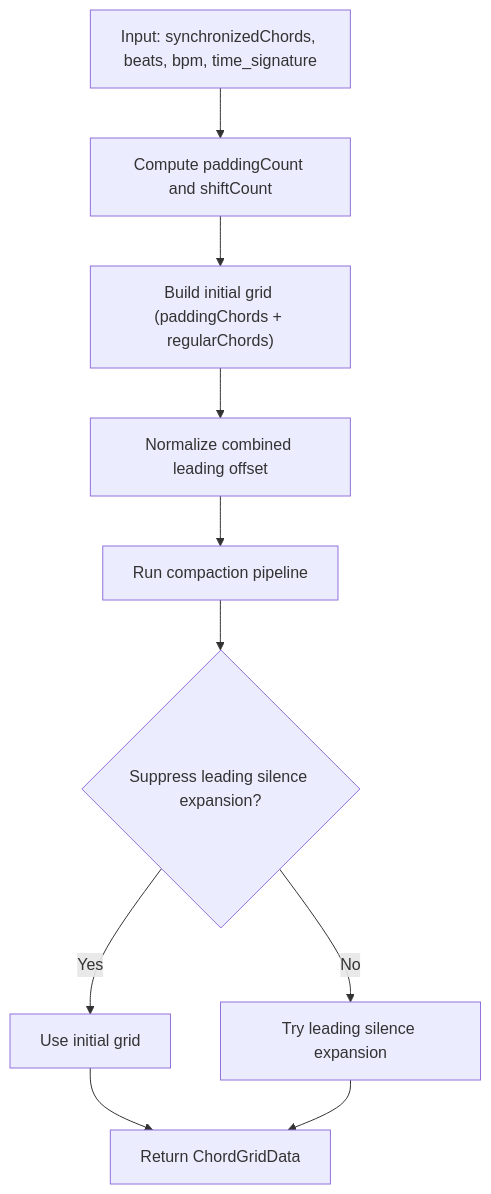
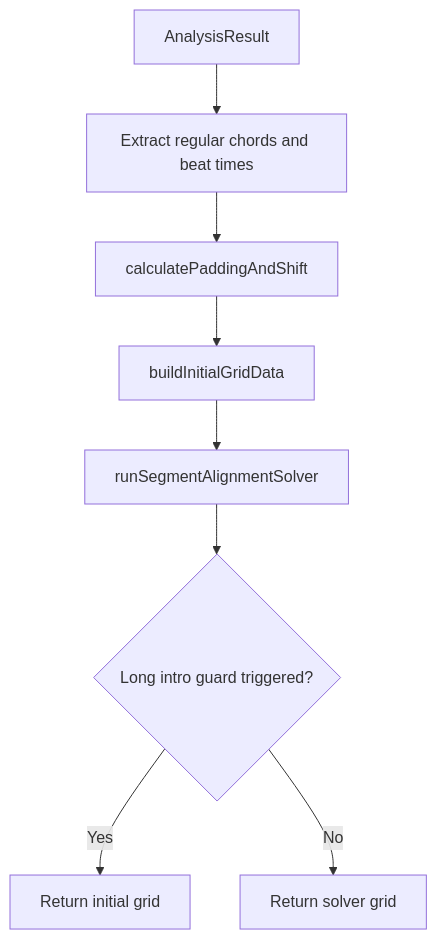
One commit to ptnghia-j/ChordMiniApp changed the second of 3 diagrams in .qoder/repowiki/en/content/Frontend Application/API Integration and Service Layer/Chord Analysis Service.md. Above: the diagram before and after it, drawn with Mermaid. The commit also changed other lines of this file and 18 other files, not shown here.

Commit message:
migrated to dynamic-programming optimizer for beat alignment

````diff
--- a/.qoder/repowiki/en/content/Frontend Application/API Integration and Service Layer/Chord Analysis Service.md
+++ b/.qoder/repowiki/en/content/Frontend Application/API Integration and Service Layer/Chord Analysis Service.md
@@ -268,12 +71,10 @@
 ```mermaid
 flowchart TD
-A["Input: synchronizedChords, beats, bpm, time_signature"] --> B["Compute paddingCount and shiftCount"]
-B --> C["Build initial grid (paddingChords + regularChords)"]
-C --> D["Normalize combined leading offset"]
-D --> E["Run compaction pipeline"]
-E --> F{"Suppress leading silence expansion?"}
-F --> |Yes| G["Use initial grid"]
-F --> |No| H["Try leading silence expansion"]
-G --> I["Return ChordGridData"]
-H --> I
+A["AnalysisResult"] --> B["Extract regular chords and beat times"]
+B --> C["calculatePaddingAndShift"]
+C --> D["buildInitialGridData"]
+D --> E["runSegmentAlignmentSolver"]
+E --> F{"Long intro guard triggered?"}
+F --> |Yes| G["Return initial grid"]
+F --> |No| H["Return solver grid"]
 ```
````
